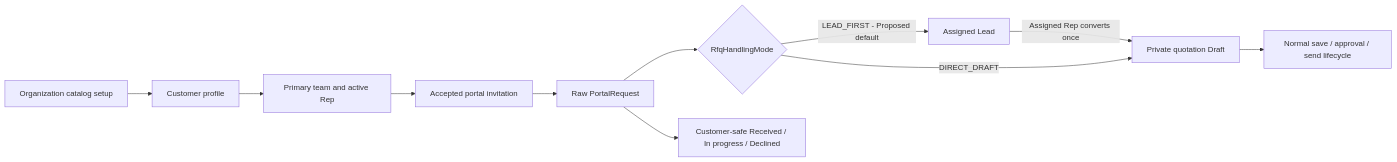
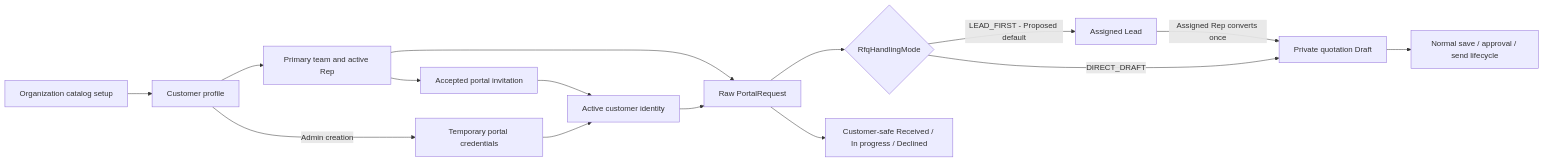
Before and after one commit to amartya1523/DealOS: the first of 3 diagrams in backend/docs/Architecture.md, drawn with Mermaid. The commit also changed other lines of this file and 15 other files, not shown here.

````diff
--- a/backend/docs/Architecture.md
+++ b/backend/docs/Architecture.md
@@ -61,13 +61,17 @@
 ```mermaid
 flowchart LR
     Setup[Organization catalog setup] --> Profile[Customer profile]
     Profile --> Assign[Primary team and active Rep]
     Assign --> Invite[Accepted portal invitation]
-    Invite --> Request[Raw PortalRequest]
+    Profile -->|Admin creation| Credentials[Temporary portal credentials]
+    Invite --> Portal[Active customer identity]
+    Credentials --> Portal
+    Assign --> Request
+    Portal --> Request[Raw PortalRequest]
     Request --> Mode{RfqHandlingMode}
     Mode -->|LEAD_FIRST - Proposed default| Lead[Assigned Lead]
     Lead -->|Assigned Rep converts once| Draft[Private quotation Draft]
     Mode -->|DIRECT_DRAFT| Draft
     Draft --> Govern[Normal save / approval / send lifecycle]
     Request --> Safe[Customer-safe Received / In progress / Declined]
 ```
````
